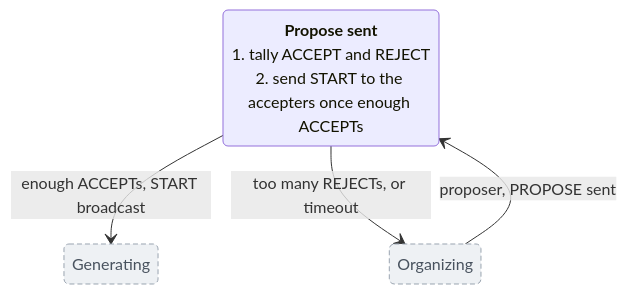
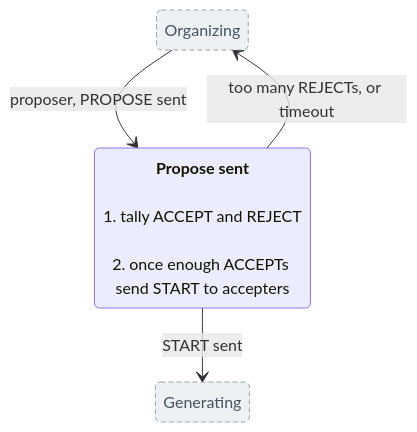
Before and after one commit to sig-net/mpc: the third of 6 diagrams in doc/posit_state_machine.md, drawn with Mermaid. The commit also changed other lines of this file, not shown here.

````diff
--- a/doc/posit_state_machine.md
+++ b/doc/posit_state_machine.md
@@ -109,13 +108,15 @@
 ```mermaid
 stateDiagram-v2
-    state "<b>Propose sent</b><br/>1. tally ACCEPT and REJECT<br/>2. send START to the accepters once enough ACCEPTs" as ProposeSent
     state "Organizing" as OrgIn
+    state "<b>Propose sent</b><br/>
+    1. tally ACCEPT and REJECT<br/>
+    2. once enough ACCEPTs send START to accepters " as ProposeSent
     state "Generating" as GenOut
 
     OrgIn --> ProposeSent: proposer, PROPOSE sent
-    ProposeSent --> GenOut: enough ACCEPTs, START broadcast
+    ProposeSent --> GenOut: START sent
     ProposeSent --> OrgIn: too many REJECTs, or timeout
 
     classDef outside fill:#eef1f4,stroke:#9aa4b0,color:#48525e,stroke-dasharray:5 3
     class OrgIn,GenOut outside
 ```
````
